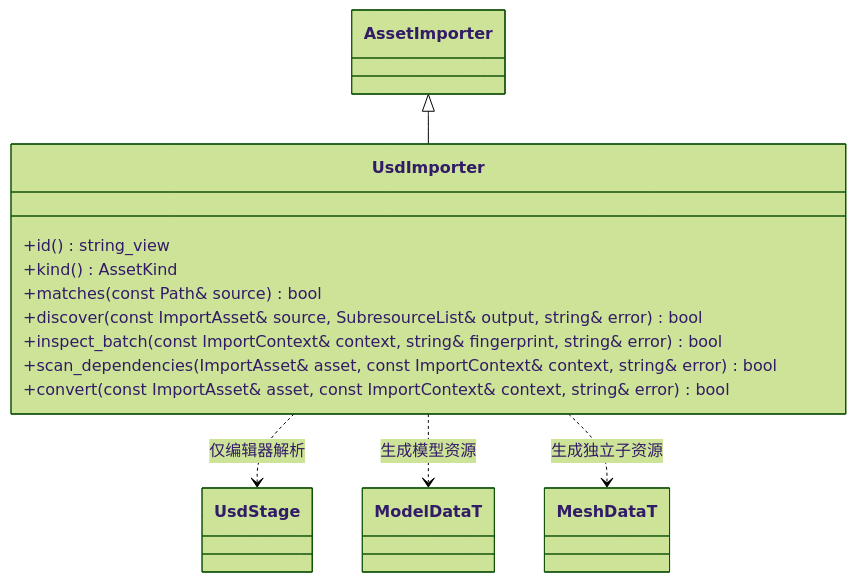
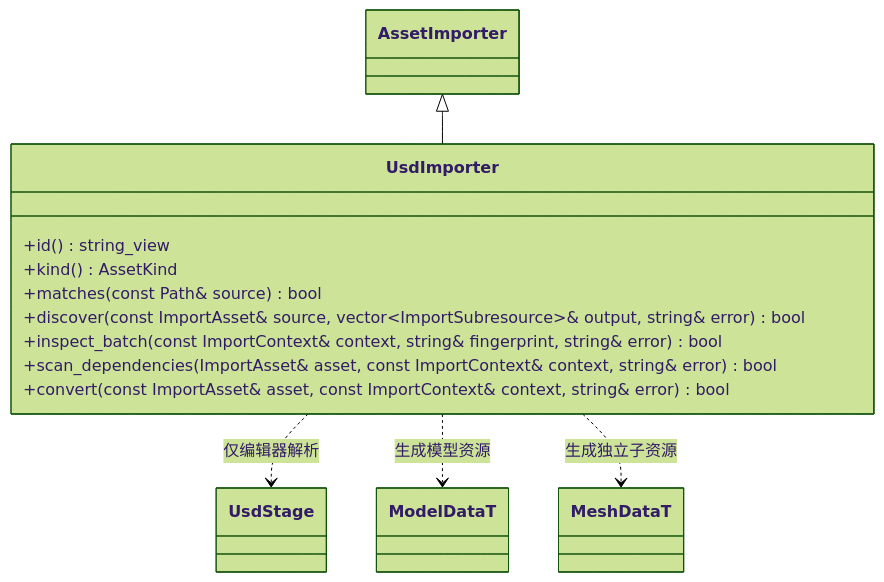
One commit to lcals/Engine changed the diagram in docs/plugins/editor/class-diagrams/usd-import.md. Above: the diagram before and after it, drawn with Mermaid (forest theme). The commit also changed other lines of this file and 222 other files, not shown here.

Commit message:
Consolidate editor asset imports and align architecture documentation

````diff
--- a/docs/plugins/editor/class-diagrams/usd-import.md
+++ b/docs/plugins/editor/class-diagrams/usd-import.md
@@ -3,20 +5,20 @@
 ```mermaid
 classDiagram
     class AssetImporter
     class UsdImporter {
         +id() string_view
         +kind() AssetKind
         +matches(const Path& source) bool
-        +discover(const ImportAsset& source, SubresourceList& output, string& error) bool
+        +discover(const ImportAsset& source, vector~ImportSubresource~& output, string& error) bool
         +inspect_batch(const ImportContext& context, string& fingerprint, string& error) bool
         +scan_dependencies(ImportAsset& asset, const ImportContext& context, string& error) bool
         +convert(const ImportAsset& asset, const ImportContext& context, string& error) bool
     }
     AssetImporter <|-- UsdImporter
     class ModelDataT
     class MeshDataT
     class UsdStage
     UsdImporter ..> UsdStage : 仅编辑器解析
     UsdImporter ..> ModelDataT : 生成模型资源
     UsdImporter ..> MeshDataT : 生成独立子资源
 ```
````
